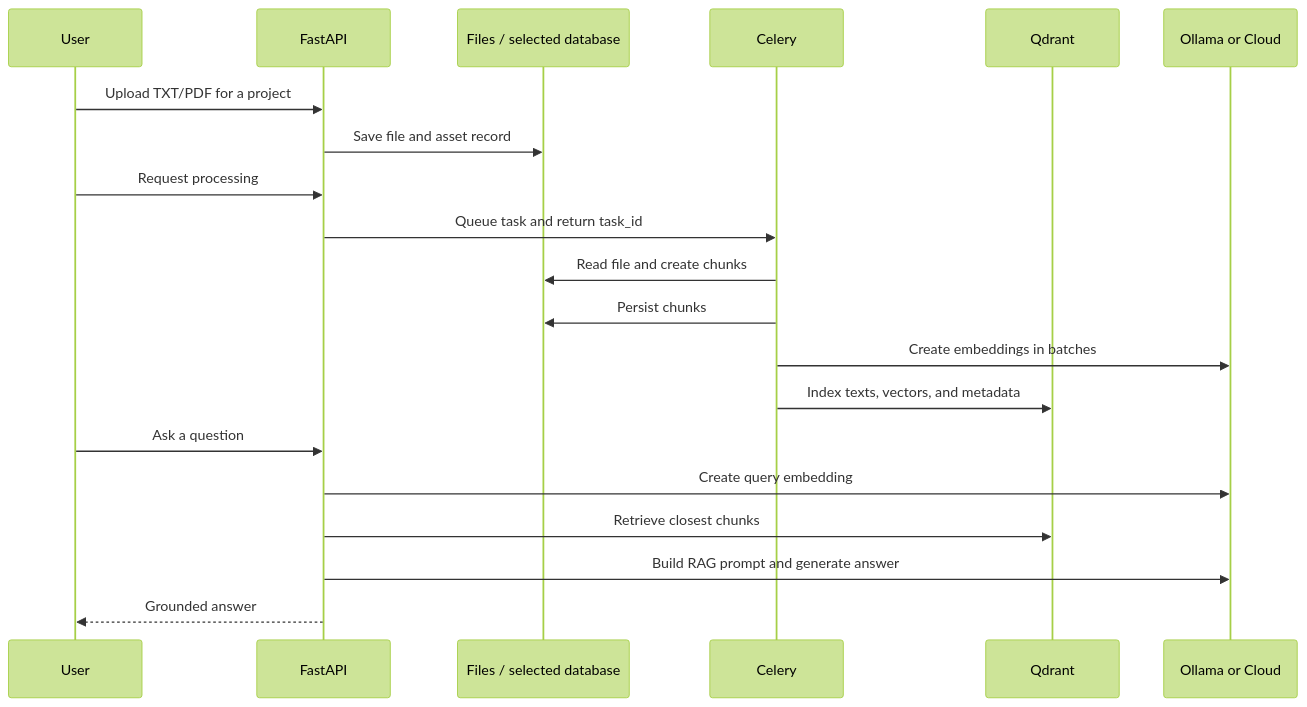
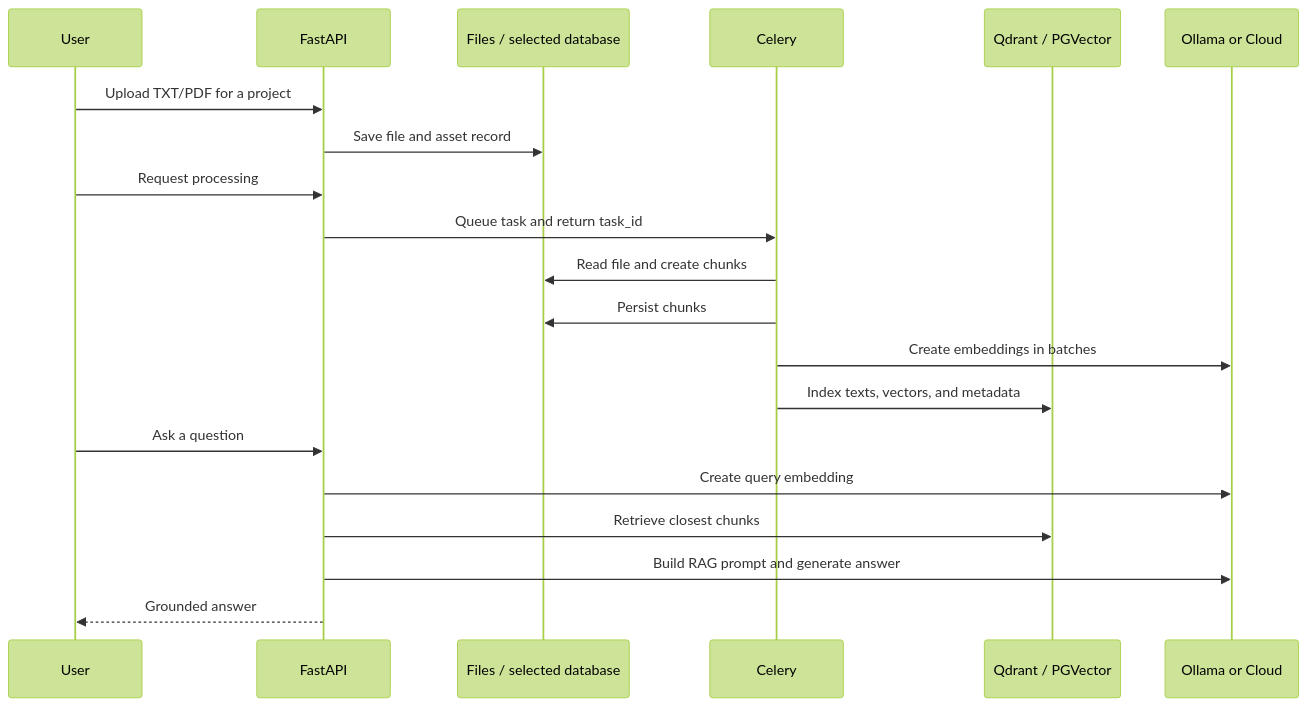
The second of 3 diagrams in README.md (mohamed-habib-jaberi/RAGDocumentsIntelligence), drawn with Mermaid (forest theme) before and after one commit. The commit also changed other lines of this file and 43 other files, not shown here.

````diff
--- a/README.md
+++ b/README.md
@@ -101,23 +221,23 @@
 ```mermaid
 sequenceDiagram
     participant U as User
     participant A as FastAPI
     participant F as Files / selected database
     participant C as Celery
-    participant V as Qdrant
+    participant V as Qdrant / PGVector
     participant L as Ollama or Cloud
 
     U->>A: Upload TXT/PDF for a project
     A->>F: Save file and asset record
     U->>A: Request processing
     A->>C: Queue task and return task_id
     C->>F: Read file and create chunks
     C->>F: Persist chunks
     C->>L: Create embeddings in batches
     C->>V: Index texts, vectors, and metadata
     U->>A: Ask a question
     A->>L: Create query embedding
     A->>V: Retrieve closest chunks
     A->>L: Build RAG prompt and generate answer
     A-->>U: Grounded answer
 ```
````
